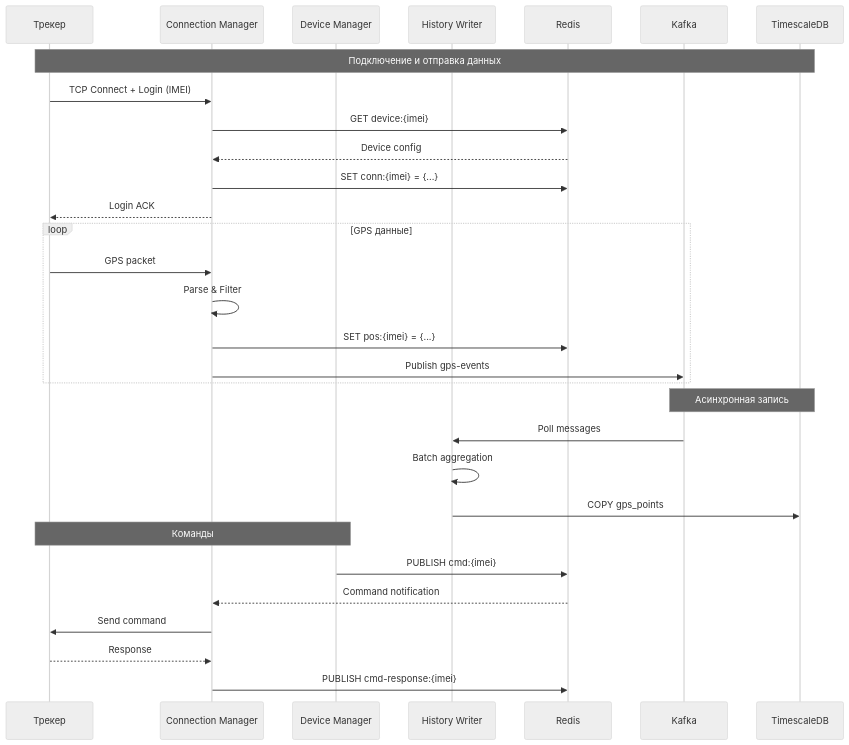
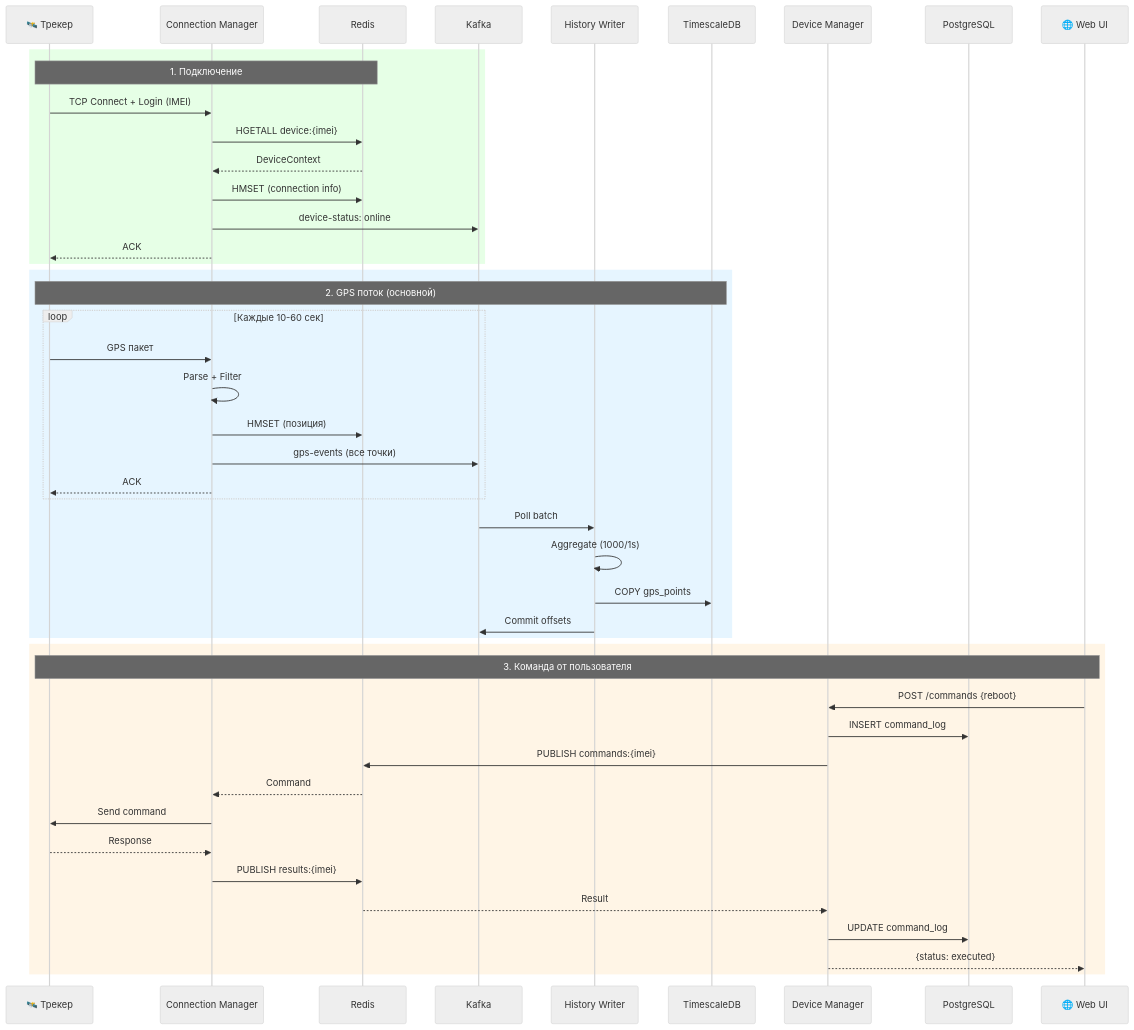
Diagram 17 of 19 in docs/blocks/ARCHITECTURE_BLOCK1.md (revarewerd/wayrecall-tracker-system), drawn with Mermaid (neutral theme) before and after one commit. The commit also changed other lines of this file and 544 other files, not shown here.

````diff
--- a/docs/blocks/ARCHITECTURE_BLOCK1.md
+++ b/docs/blocks/ARCHITECTURE_BLOCK1.md
@@ -686,39 +1033,52 @@
 ```mermaid
 sequenceDiagram
-    participant T as Трекер
+    participant T as 🛰️ Трекер
     participant CM as Connection Manager
-    participant DM as Device Manager
-    participant HW as History Writer
     participant R as Redis
     participant K as Kafka
-    participant DB as TimescaleDB
+    participant HW as History Writer
+    participant TSDB as TimescaleDB
+    participant DM as Device Manager
+    participant PG as PostgreSQL
+    participant UI as 🌐 Web UI
 
-    Note over T,DB: Подключение и отправка данных
-    
-    T->>CM: TCP Connect + Login (IMEI)
-    CM->>R: GET device:{imei}
-    R-->>CM: Device config
-    CM->>R: SET conn:{imei} = {...}
-    CM-->>T: Login ACK
-
-    loop GPS данные
-        T->>CM: GPS packet
-        CM->>CM: Parse & Filter
-        CM->>R: SET pos:{imei} = {...}
-        CM->>K: Publish gps-events
+    rect rgb(230, 255, 230)
+        Note over T,R: 1. Подключение
+        T->>CM: TCP Connect + Login (IMEI)
+        CM->>R: HGETALL device:{imei}
+        R-->>CM: DeviceContext
+        CM->>R: HMSET (connection info)
+        CM->>K: device-status: online
+        CM-->>T: ACK
     end
 
-    Note over K,DB: Асинхронная запись
-    
-    K->>HW: Poll messages
-    HW->>HW: Batch aggregation
-    HW->>DB: COPY gps_points
+    rect rgb(230, 245, 255)
+        Note over T,TSDB: 2. GPS поток (основной)
+        loop Каждые 10-60 сек
+            T->>CM: GPS пакет
+            CM->>CM: Parse + Filter
+            CM->>R: HMSET (позиция)
+            CM->>K: gps-events (все точки)
+            CM-->>T: ACK
+        end
 
-    Note over DM,T: Команды
-    
-    DM->>R: PUBLISH cmd:{imei}
-    R-->>CM: Command notification
-    CM->>T: Send command
-    T-->>CM: Response
-    CM->>R: PUBLISH cmd-response:{imei}
+        K->>HW: Poll batch
+        HW->>HW: Aggregate (1000/1s)
+        HW->>TSDB: COPY gps_points
+        HW->>K: Commit offsets
+    end
+
+    rect rgb(255, 245, 230)
+        Note over UI,T: 3. Команда от пользователя
+        UI->>DM: POST /commands {reboot}
+        DM->>PG: INSERT command_log
+        DM->>R: PUBLISH commands:{imei}
+        R-->>CM: Command
+        CM->>T: Send command
+        T-->>CM: Response
+        CM->>R: PUBLISH results:{imei}
+        R-->>DM: Result
+        DM->>PG: UPDATE command_log
+        DM-->>UI: {status: executed}
+    end
 ```
````
